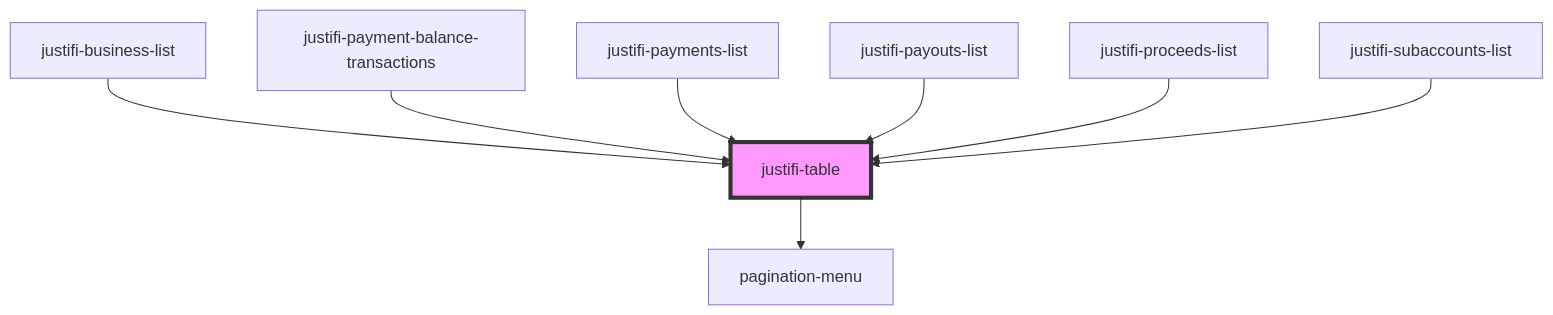
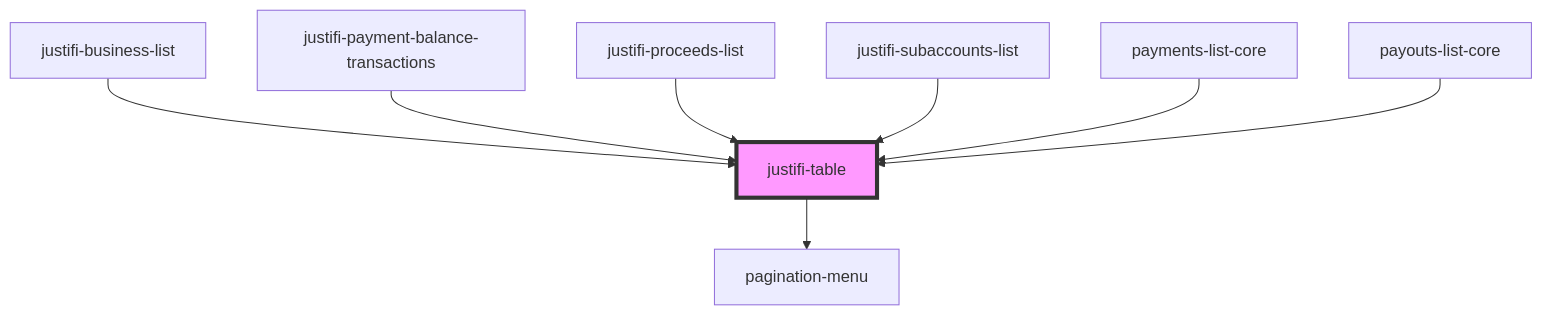
Before and after one commit to justifi-tech/web-component-library: the diagram in packages/webcomponents/src/components/table/readme.md, drawn with Mermaid. The commit also changed other lines of this file and 33 other files, not shown here.

Commit message:
Separate business-form-stepped into new directory, delete unused schema files

````diff
--- a/packages/webcomponents/src/components/table/readme.md
+++ b/packages/webcomponents/src/components/table/readme.md
@@ -50,11 +50,11 @@
 ```mermaid
 graph TD;
   justifi-table --> pagination-menu
   justifi-business-list --> justifi-table
   justifi-payment-balance-transactions --> justifi-table
-  justifi-payments-list --> justifi-table
-  justifi-payouts-list --> justifi-table
   justifi-proceeds-list --> justifi-table
   justifi-subaccounts-list --> justifi-table
+  payments-list-core --> justifi-table
+  payouts-list-core --> justifi-table
   style justifi-table fill:#f9f,stroke:#333,stroke-width:4px
 ```
````
